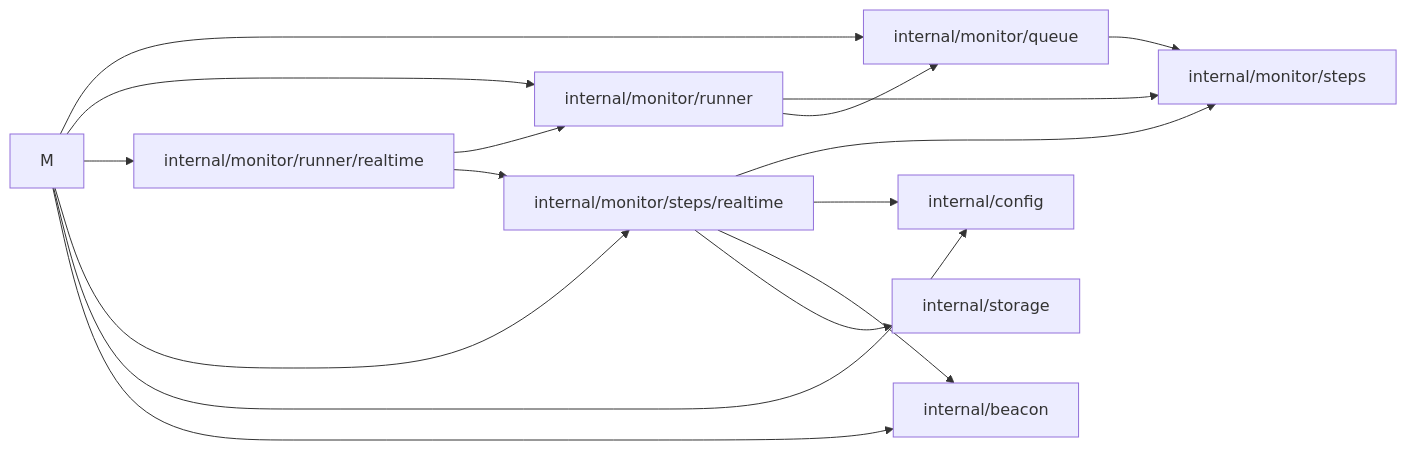
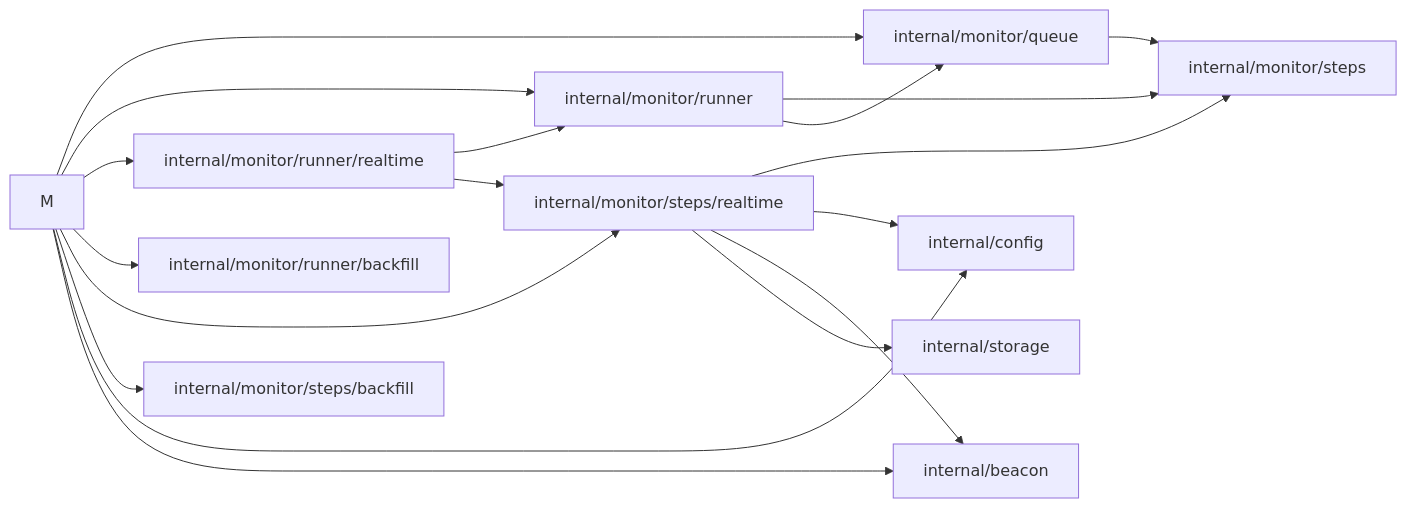
The third of 3 diagrams in doc/monitor-e2e-flow.md (tharun-p/pauli), drawn with Mermaid before and after one commit. The commit also changed other lines of this file and 35 other files, not shown here.

````diff
--- a/doc/monitor-e2e-flow.md
+++ b/doc/monitor-e2e-flow.md
@@ -49,19 +55,21 @@
 ```mermaid
 flowchart LR
   M --> Q["internal/monitor/queue"]
   M --> L["internal/monitor/runner"]
   M --> Rt["internal/monitor/runner/realtime"]
+  M --> Bf["internal/monitor/runner/backfill"]
   M --> StRt["internal/monitor/steps/realtime"]
+  M --> StBf["internal/monitor/steps/backfill"]
   M --> Cf["internal/config"]
   M --> B["internal/beacon"]
 
   L --> St["internal/monitor/steps"]
   Rt --> L
   Rt --> StRt
   StRt --> St
   L --> Q
   Q --> St
   StRt --> Cf
   StRt --> B
   StRt --> Store["internal/storage"]
 ```
````
